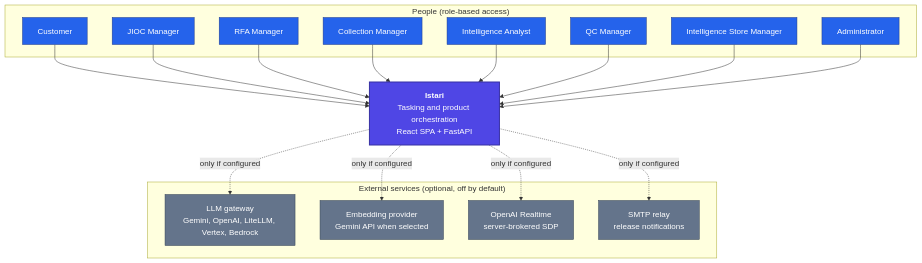
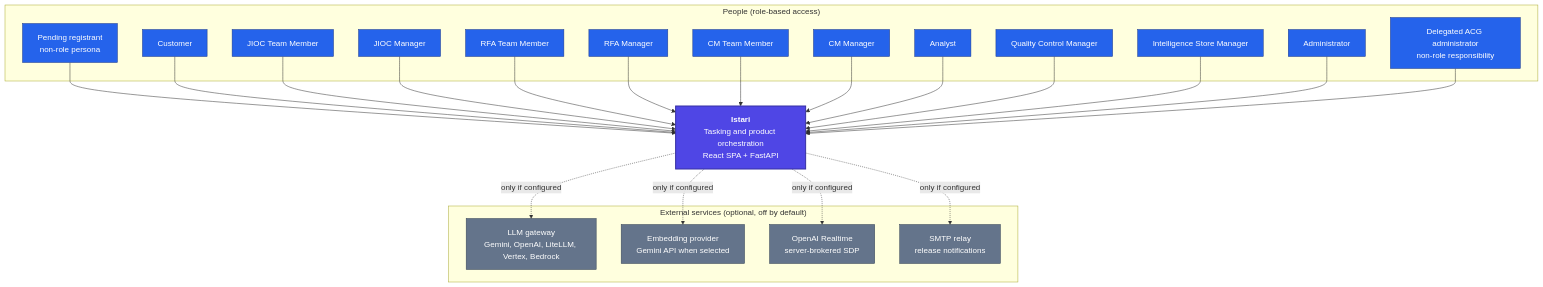
Before and after one commit to ShabalalaWATP/Coeus: the first of 4 diagrams in docs/ARCHITECTURE.md, drawn with Mermaid. The commit also changed other lines of this file and 32 other files, not shown here.

Commit message:
docs: add multi-view architecture atlas (#126)

````diff
--- a/docs/ARCHITECTURE.md
+++ b/docs/ARCHITECTURE.md
@@ -46,42 +48,55 @@
 ```mermaid
 flowchart TB
+    accTitle: Istari system context
+    accDescr: Eleven account roles plus pending and delegated-administrator personas use Istari, which can call explicitly configured model, embedding, voice and email providers.
+
     subgraph people["People (role-based access)"]
+        PEND["Pending registrant<br/>non-role persona"]
         CUST["Customer"]
+        JTM["JIOC Team Member"]
         JIOC["JIOC Manager"]
+        RFT["RFA Team Member"]
         RFA["RFA Manager"]
-        CM["Collection Manager"]
-        AN["Intelligence Analyst"]
-        QC["QC Manager"]
+        CMT["CM Team Member"]
+        CM["CM Manager"]
+        AN["Analyst"]
+        QC["Quality Control Manager"]
         STORE["Intelligence Store Manager"]
         ADM["Administrator"]
+        DELEG["Delegated ACG administrator<br/>non-role responsibility"]
     end
 
     IST["<b>Istari</b><br/>Tasking and product orchestration<br/>React SPA + FastAPI"]
 
     subgraph ext["External services (optional, off by default)"]
         LLM["LLM gateway<br/>Gemini, OpenAI, LiteLLM, Vertex, Bedrock"]
         EMB["Embedding provider<br/>Gemini API when selected"]
         VOICE["OpenAI Realtime<br/>server-brokered SDP"]
         SMTP["SMTP relay<br/>release notifications"]
     end
 
+    PEND --> IST
     CUST --> IST
+    JTM --> IST
     JIOC --> IST
+    RFT --> IST
     RFA --> IST
+    CMT --> IST
     CM --> IST
     AN --> IST
     QC --> IST
     STORE --> IST
     ADM --> IST
+    DELEG --> IST
     IST -.->|"only if configured"| LLM
     IST -.->|"only if configured"| EMB
     IST -.->|"only if configured"| VOICE
     IST -.->|"only if configured"| SMTP
 
     classDef actor fill:#2563eb,stroke:#1e3a8a,color:#fff,stroke-width:1px
     classDef core fill:#4f46e5,stroke:#3730a3,color:#fff,stroke-width:2px
     classDef ext fill:#64748b,stroke:#334155,color:#fff,stroke-width:1px
-    class CUST,JIOC,RFA,CM,AN,QC,STORE,ADM actor
+    class PEND,CUST,JTM,JIOC,RFT,RFA,CMT,CM,AN,QC,STORE,ADM,DELEG actor
     class IST core
     class LLM,EMB,VOICE,SMTP ext
 ```
````
